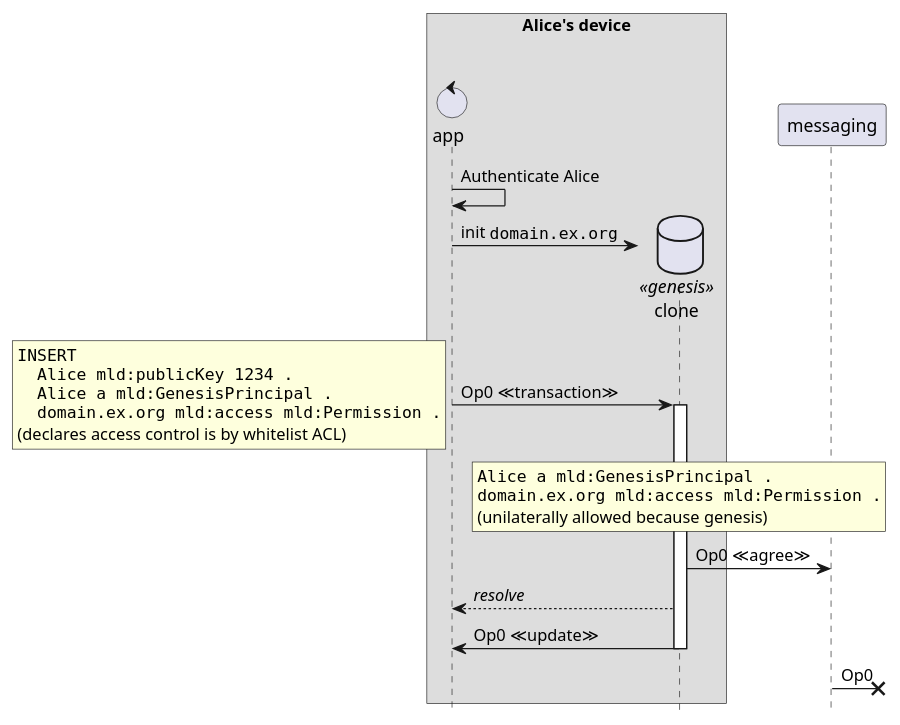
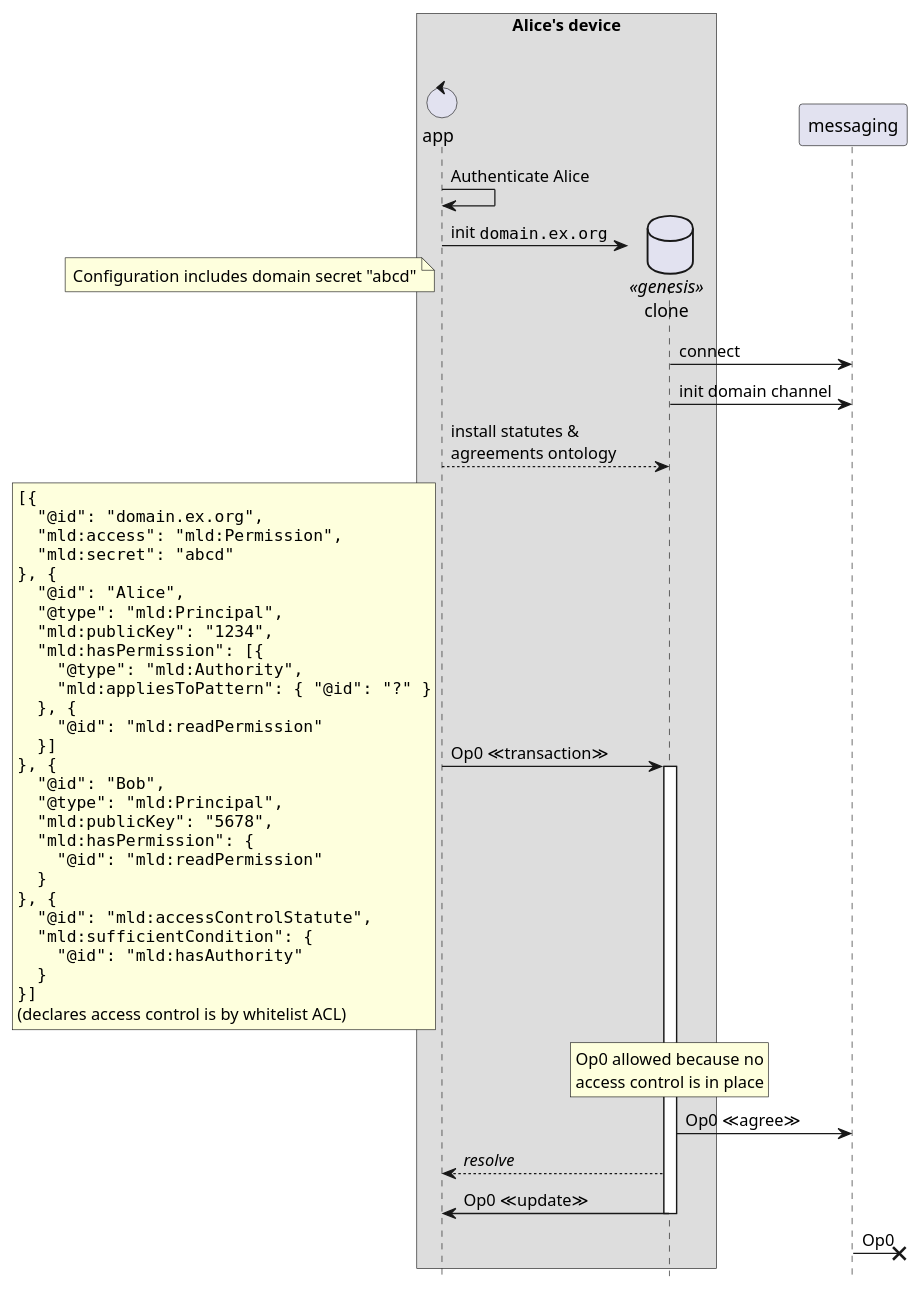
Before and after one commit to m-ld/m-ld-security-spec: the diagram in design/1-genesis-alice.seq.puml, drawn with PlantUML. The commit also changed 24 other files, not shown here.

```diff
--- a/design/1-genesis-alice.seq.puml
+++ b/design/1-genesis-alice.seq.puml
@@ -1,37 +1,64 @@
 @startuml
 'https://plantuml.com/sequence-diagram
 hide footbox
 
 box Alice's device
 control "app" as proc1
 database "clone" as genesis << genesis >>
 end box
 
 proc1 -> proc1: Authenticate Alice
 proc1 -> genesis **: init ""domain.ex.org""
+note left
+Configuration includes domain secret "abcd"
+end note
+genesis -> messaging : connect
+genesis -> messaging : init domain channel
+
+proc1 --> genesis: install statutes &\nagreements ontology
 
 proc1 -> genesis ++: Op0 ≪transaction≫
 rnote left
 <code>
-INSERT
-  Alice mld:publicKey 1234 .
-  Alice a mld:GenesisPrincipal .
-  domain.ex.org mld:access mld:Permission .
+[{
+  "@id": "domain.ex.org",
+  "mld:access": "mld:Permission",
+  "mld:secret": "abcd"
+}, {
+  "@id": "Alice",
+  "@type": "mld:Principal",
+  "mld:publicKey": "1234",
+  "mld:hasPermission": [{
+    "@type": "mld:Authority",
+    "mld:appliesToPattern": { "@id": "?" }
+  }, {
+    "@id": "mld:readPermission"
+  }]
+}, {
+  "@id": "Bob",
+  "@type": "mld:Principal",
+  "mld:publicKey": "5678",
+  "mld:hasPermission": {
+    "@id": "mld:readPermission"
+  }
+}, {
+  "@id": "mld:accessControlStatute",
+  "mld:sufficientCondition": {
+    "@id": "mld:hasAuthority"
+  }
+}]
 </code>
 (declares access control is by whitelist ACL)
 end note
 
 rnote over genesis
-<code>
-Alice a mld:GenesisPrincipal .
-domain.ex.org mld:access mld:Permission .
-</code>
-(unilaterally allowed because genesis)
+Op0 allowed because no
+access control is in place
 end note
 
 genesis -> messaging: Op0 ≪agree≫
 genesis --> proc1: //resolve//
 genesis -> proc1 --: Op0 ≪update≫
 messaging ->x] : Op0
 
 @enduml
```
